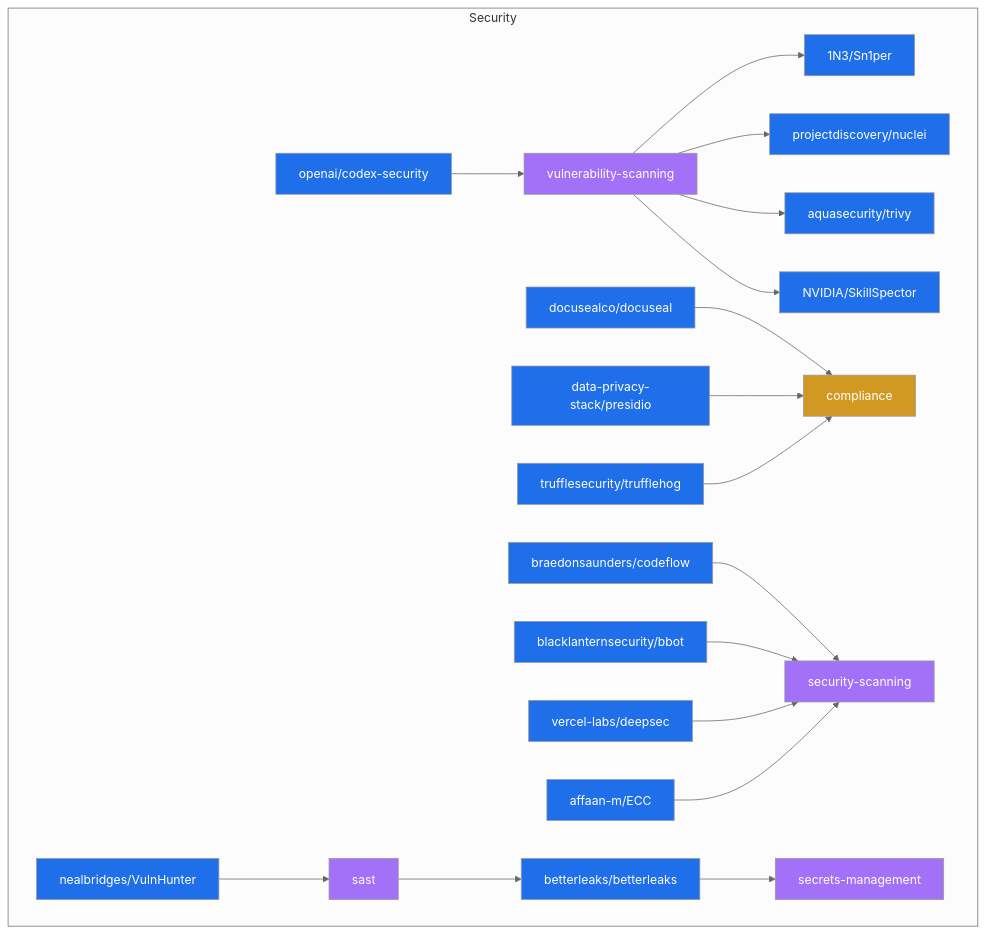
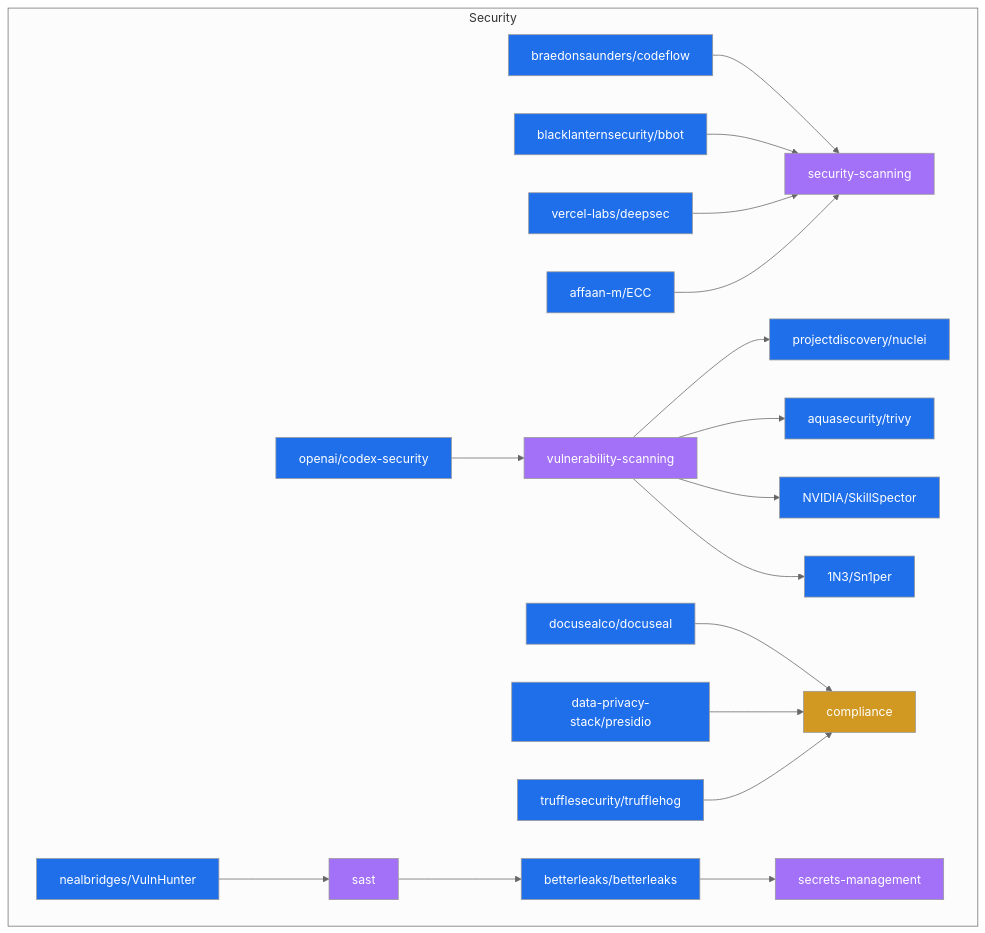
The diagram in data/star_graph_security.mermaid (Meru143/star-graph), drawn with Mermaid (neutral theme) before and after one commit. The commit also changed other lines of this file and 15 other files, not shown here.

Commit message:
chore: weekly star graph update 2026-10-19

```diff
--- a/data/star_graph_security.mermaid
+++ b/data/star_graph_security.mermaid
@@ -1,42 +1,42 @@
 graph TD
   subgraph security ["Security"]
-    1N3_Sn1per["1N3/Sn1per"]:::repo
-    blacklanternsecurity_bbot["blacklanternsecurity/bbot"]:::repo
-    secrets_management["secrets-management"]:::topic
-    vercel_labs_deepsec["vercel-labs/deepsec"]:::repo
+    security_scanning["security-scanning"]:::topic
     nealbridges_VulnHunter["nealbridges/VulnHunter"]:::repo
-    docusealco_docuseal["docusealco/docuseal"]:::repo
+    projectdiscovery_nuclei["projectdiscovery/nuclei"]:::repo
+    affaan_m_ECC["affaan-m/ECC"]:::repo
     vulnerability_scanning["vulnerability-scanning"]:::topic
-    trufflesecurity_trufflehog["trufflesecurity/trufflehog"]:::repo
-    projectdiscovery_nuclei["projectdiscovery/nuclei"]:::repo
-    security_scanning["security-scanning"]:::topic
-    data_privacy_stack_presidio["data-privacy-stack/presidio"]:::repo
-    sast["sast"]:::topic
-    aquasecurity_trivy["aquasecurity/trivy"]:::repo
-    NVIDIA_SkillSpector["NVIDIA/SkillSpector"]:::repo
-    affaan_m_ECC["affaan-m/ECC"]:::repo
     compliance["compliance"]:::use_case
     betterleaks_betterleaks["betterleaks/betterleaks"]:::repo
+    1N3_Sn1per["1N3/Sn1per"]:::repo
     openai_codex_security["openai/codex-security"]:::repo
+    aquasecurity_trivy["aquasecurity/trivy"]:::repo
+    blacklanternsecurity_bbot["blacklanternsecurity/bbot"]:::repo
+    vercel_labs_deepsec["vercel-labs/deepsec"]:::repo
+    NVIDIA_SkillSpector["NVIDIA/SkillSpector"]:::repo
+    trufflesecurity_trufflehog["trufflesecurity/trufflehog"]:::repo
+    data_privacy_stack_presidio["data-privacy-stack/presidio"]:::repo
+    docusealco_docuseal["docusealco/docuseal"]:::repo
+    sast["sast"]:::topic
     braedonsaunders_codeflow["braedonsaunders/codeflow"]:::repo
+    secrets_management["secrets-management"]:::topic
   end
   nealbridges_VulnHunter --> sast
   sast --> betterleaks_betterleaks
   openai_codex_security --> vulnerability_scanning
   vulnerability_scanning --> projectdiscovery_nuclei
   vulnerability_scanning --> aquasecurity_trivy
   vulnerability_scanning --> NVIDIA_SkillSpector
   vulnerability_scanning --> 1N3_Sn1per
   docusealco_docuseal --> compliance
   data_privacy_stack_presidio --> compliance
   braedonsaunders_codeflow --> security_scanning
   trufflesecurity_trufflehog --> compliance
   betterleaks_betterleaks --> secrets_management
   blacklanternsecurity_bbot --> security_scanning
   vercel_labs_deepsec --> security_scanning
   affaan_m_ECC --> security_scanning
   classDef repo fill:#1f6feb,color:#fff;
   classDef topic fill:#a371f7,color:#fff;
   classDef technology fill:#3fb950,color:#fff;
   classDef use_case fill:#d29922,color:#fff;
   classDef architecture fill:#f85149,color:#fff;
```
